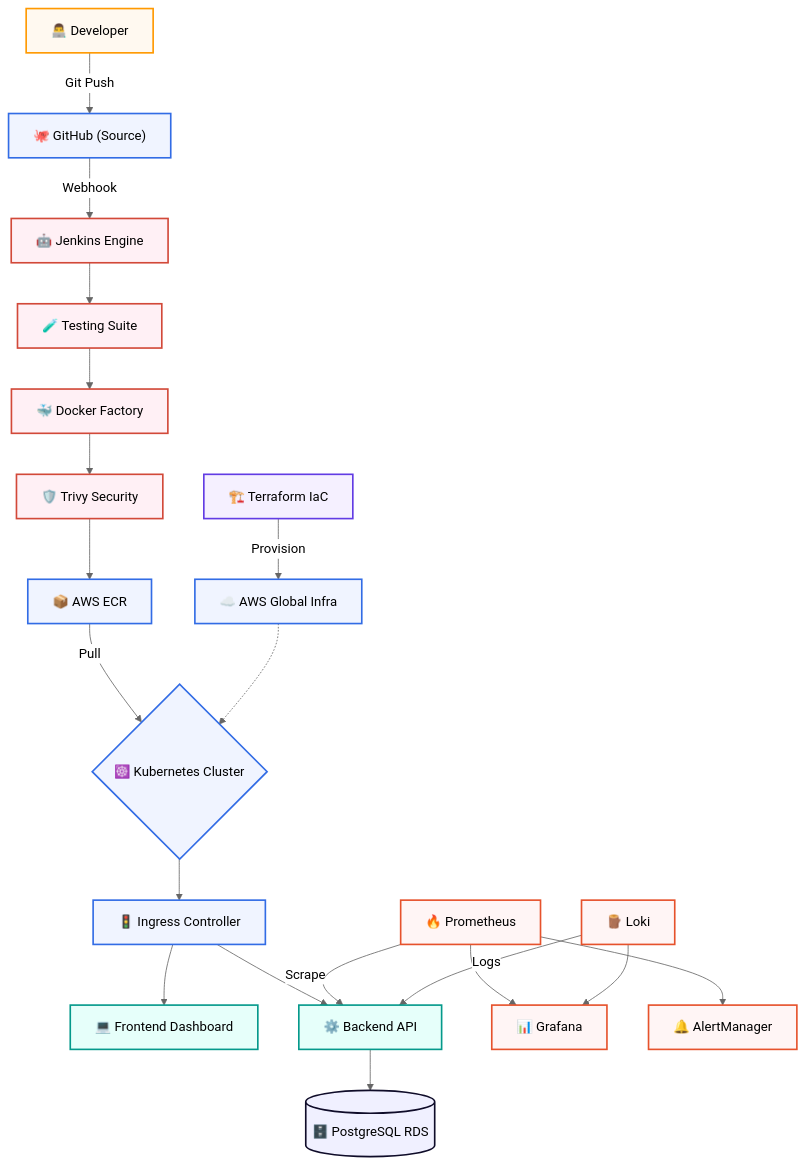
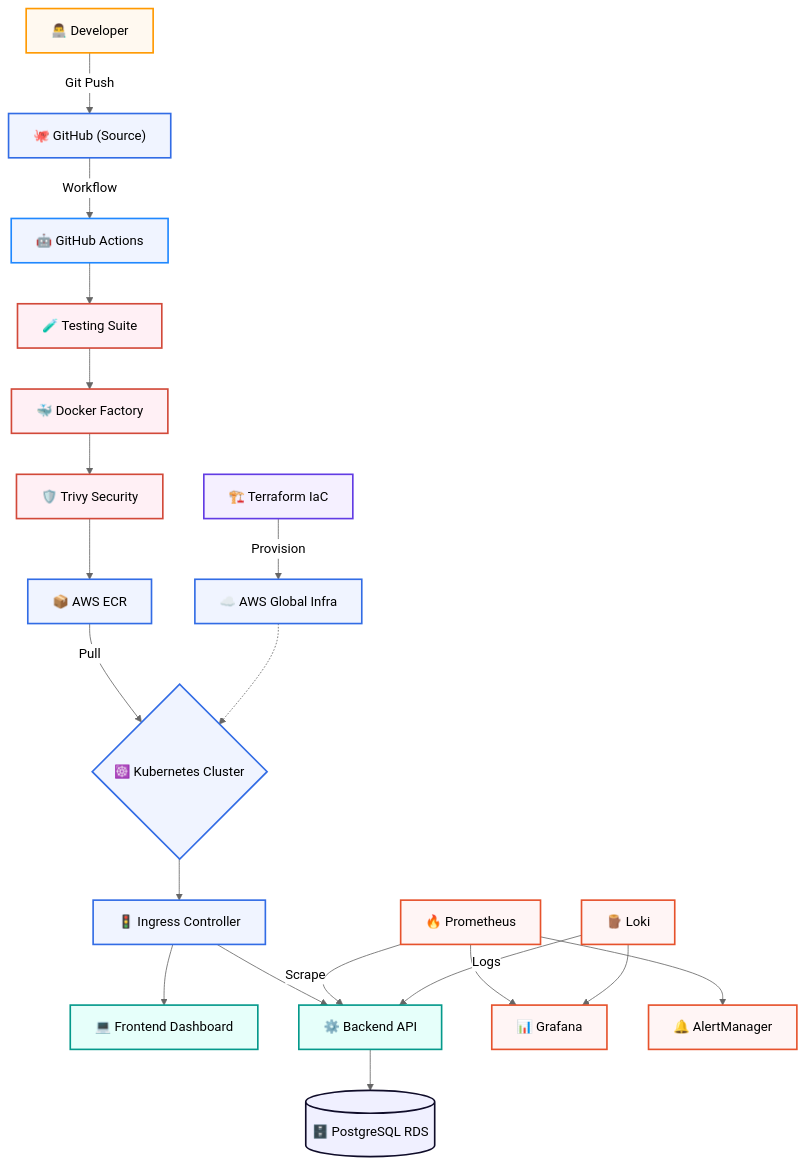
One commit to charan21042005/cloud-sentinel-platform changed the diagram in README.md. Above: the diagram before and after it, drawn with Mermaid (neutral theme). The commit also changed other lines of this file and 4 other files, not shown here.

````diff
--- a/README.md
+++ b/README.md
@@ -93,65 +93,65 @@
 ```mermaid
 graph TD
     %% Node Definitions
     DEV["👨‍💻 Developer"]
     GH["🐙 GitHub (Source)"]
-    JEN["🤖 Jenkins Engine"]
+    GA["🤖 GitHub Actions"]
     TEST["🧪 Testing Suite"]
     BUILD["🐳 Docker Factory"]
     SCAN["🛡️ Trivy Security"]
     ECR["📦 AWS ECR"]
     
     TF["🏗️ Terraform IaC"]
     AWS["☁️ AWS Global Infra"]
     K8S{"☸️ Kubernetes Cluster"}
     
     ING["🚦 Ingress Controller"]
     FE["💻 Frontend Dashboard"]
     BE["⚙️ Backend API"]
     DB[("🗄️ PostgreSQL RDS")]
 
     PROM["🔥 Prometheus"]
     LOKI["🪵 Loki"]
     GRAF["📊 Grafana"]
     AM["🔔 AlertManager"]
 
     %% Connections
     DEV -->|Git Push| GH
-    GH -->|Webhook| JEN
-    JEN --> TEST
+    GH -->|Workflow| GA
+    GA --> TEST
     TEST --> BUILD
     BUILD --> SCAN
     SCAN --> ECR
     ECR -->|Pull| K8S
     TF -->|Provision| AWS
     AWS -.-> K8S
     K8S --> ING
     ING --> FE
     ING --> BE
     BE --> DB
     PROM -->|Scrape| BE
     LOKI -->|Logs| BE
     PROM --> GRAF
     LOKI --> GRAF
     PROM --> AM
 
     %% Styling Definitions
     style DEV fill:#fff9f0,stroke:#FF9900,stroke-width:2px
     style GH fill:#f0f4ff,stroke:#326CE5,stroke-width:2px
-    style JEN fill:#fff0f5,stroke:#D24939,stroke-width:2px
+    style GA fill:#f0f4ff,stroke:#2088FF,stroke-width:2px
     style TEST fill:#fff0f5,stroke:#D24939,stroke-width:2px
     style BUILD fill:#fff0f5,stroke:#D24939,stroke-width:2px
     style SCAN fill:#fff0f5,stroke:#D24939,stroke-width:2px
     style ECR fill:#f0f4ff,stroke:#326CE5,stroke-width:2px
     style TF fill:#f5f0ff,stroke:#623CE4,stroke-width:2px
     style AWS fill:#f0f4ff,stroke:#326CE5,stroke-width:2px
     style K8S fill:#f0f4ff,stroke:#326CE5,stroke-width:2px
     style ING fill:#f0f4ff,stroke:#326CE5,stroke-width:2px
     style FE fill:#e6fffa,stroke:#05998b,stroke-width:2px
     style BE fill:#e6fffa,stroke:#05998b,stroke-width:2px
     style DB fill:#f0f0ff,stroke:#0f0c29,stroke-width:2px
     style PROM fill:#fff5f5,stroke:#E6522C,stroke-width:2px
     style LOKI fill:#fff5f5,stroke:#E6522C,stroke-width:2px
     style GRAF fill:#fff5f5,stroke:#E6522C,stroke-width:2px
     style AM fill:#fff5f5,stroke:#E6522C,stroke-width:2px
 ```
````
